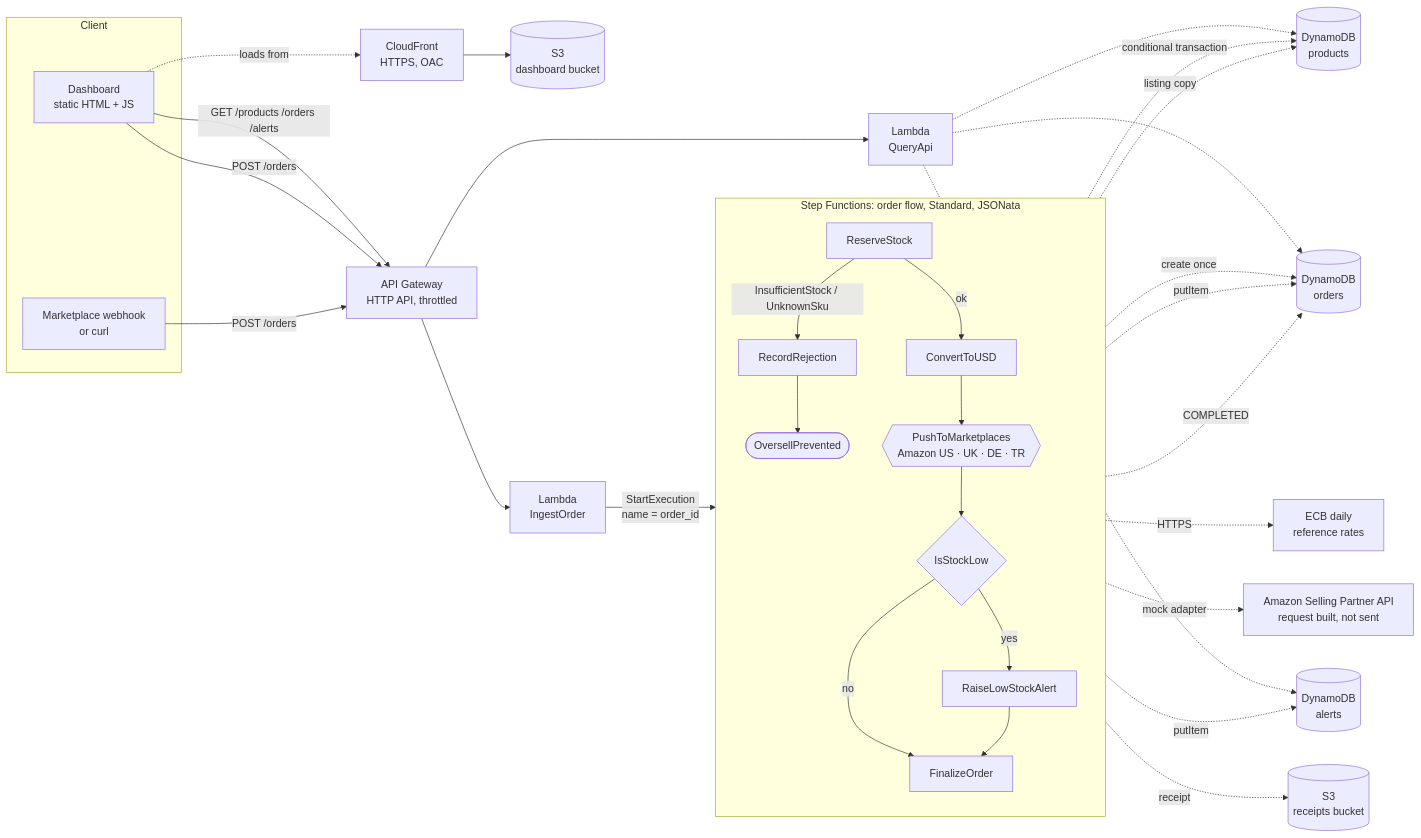
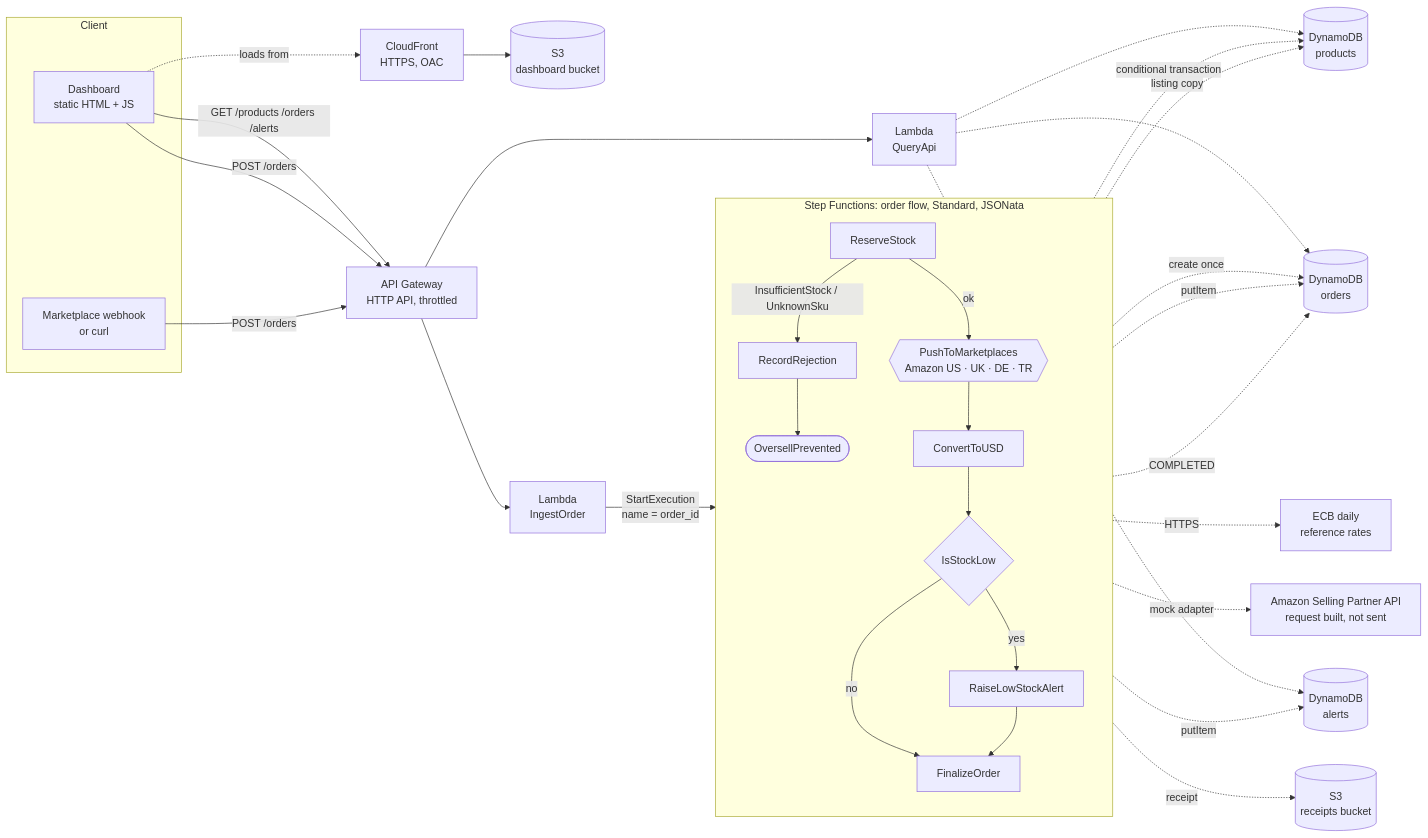
Before and after one commit to anxious956/octoman-lite-hackathon: the diagram in README.md, drawn with Mermaid. The commit also changed other lines of this file and 11 other files, not shown here.

````diff
--- a/README.md
+++ b/README.md
@@ -75,41 +76,41 @@
 ```mermaid
 flowchart LR
     subgraph Client
       D[Dashboard<br/>static HTML + JS]
       M[Marketplace webhook<br/>or curl]
     end
 
     CF[CloudFront<br/>HTTPS, OAC] --> S3D[(S3<br/>dashboard bucket)]
     D -. loads from .-> CF
     D -- GET /products /orders /alerts --> API
     D -- POST /orders --> API
     M -- POST /orders --> API
 
     API[API Gateway<br/>HTTP API, throttled] --> ING[Lambda<br/>IngestOrder]
     API --> QRY[Lambda<br/>QueryApi]
 
     ING -- StartExecution<br/>name = order_id --> SFN
 
     subgraph SFN[Step Functions: order flow, Standard, JSONata]
       direction TB
-      R[ReserveStock] -->|ok| FX[ConvertToUSD]
+      R[ReserveStock] -->|ok| PAR{{PushToMarketplaces<br/>Amazon US · UK · DE · TR}}
       R -->|InsufficientStock / UnknownSku| REJ[RecordRejection]
       REJ --> FAIL([OversellPrevented])
-      FX --> PAR{{PushToMarketplaces<br/>Amazon US · UK · DE · TR}}
-      PAR --> LOW{IsStockLow}
+      PAR --> FX[ConvertToUSD]
+      FX --> LOW{IsStockLow}
       LOW -->|yes| ALR[RaiseLowStockAlert]
       LOW -->|no| FIN[FinalizeOrder]
       ALR --> FIN
     end
 
     R -. conditional transaction .-> PT[(DynamoDB<br/>products)]
     R -. create once .-> OT[(DynamoDB<br/>orders)]
     FX -. HTTPS .-> ECB[ECB daily<br/>reference rates]
     PAR -. listing copy .-> PT
     PAR -. mock adapter .-> AMZ[Amazon Selling Partner API<br/>request built, not sent]
     REJ -. putItem .-> OT
     ALR -. putItem .-> AT[(DynamoDB<br/>alerts)]
     FIN -. receipt .-> S3R[(S3<br/>receipts bucket)]
     FIN -. COMPLETED .-> OT
     QRY -.-> PT & OT & AT
 ```
````
